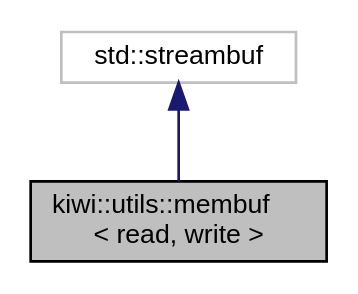
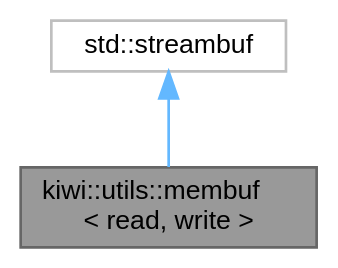
Before and after one commit to bab2min/Kiwi: the diagram in structkiwi_1_1utils_1_1membuf__inherit__graph.dot, drawn with Graphviz. The commit also changed 621 other files, not shown here.

```diff
--- a/structkiwi_1_1utils_1_1membuf__inherit__graph.dot
+++ b/structkiwi_1_1utils_1_1membuf__inherit__graph.dot
@@ -1,9 +1,10 @@
 digraph "kiwi::utils::membuf&lt; read, write &gt;"
 {
  // LATEX_PDF_SIZE
-  edge [fontname="Helvetica",fontsize="10",labelfontname="Helvetica",labelfontsize="10"];
-  node [fontname="Helvetica",fontsize="10",shape=record];
-  Node1 [label="kiwi::utils::membuf\l\< read, write \>",height=0.2,width=0.4,color="black", fillcolor="grey75", style="filled", fontcolor="black",tooltip=" "];
-  Node2 -> Node1 [dir="back",color="midnightblue",fontsize="10",style="solid",fontname="Helvetica"];
-  Node2 [label="std::streambuf",height=0.2,width=0.4,color="grey75", fillcolor="white", style="filled",tooltip=" "];
+  bgcolor="transparent";
+  edge [fontname=Helvetica,fontsize=10,labelfontname=Helvetica,labelfontsize=10];
+  node [fontname=Helvetica,fontsize=10,shape=box,height=0.2,width=0.4];
+  Node1 [id="Node000001",label="kiwi::utils::membuf\l\< read, write \>",height=0.2,width=0.4,color="gray40", fillcolor="grey60", style="filled", fontcolor="black",tooltip=" "];
+  Node2 -> Node1 [id="edge1_Node000001_Node000002",dir="back",color="steelblue1",style="solid",tooltip=" "];
+  Node2 [id="Node000002",label="std::streambuf",height=0.2,width=0.4,color="grey75", fillcolor="white", style="filled",tooltip=" "];
 }
```
